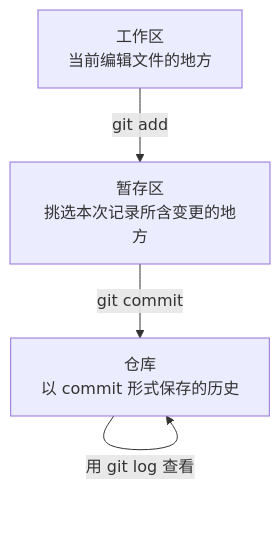
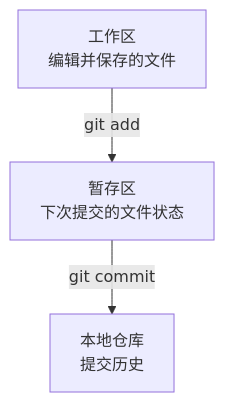
Before and after one commit to devchan64/AiBook: the diagram in docs/assets/part-02/chapter-14/git-three-areas-flow-zh.mmd, drawn with Mermaid. The commit also changed 16 other files, not shown here.

```diff
--- a/docs/assets/part-02/chapter-14/git-three-areas-flow-zh.mmd
+++ b/docs/assets/part-02/chapter-14/git-three-areas-flow-zh.mmd
@@ -1,8 +1,7 @@
 flowchart TD
-  A["工作区<br/>当前编辑文件的地方"]
-  B["暂存区<br/>挑选本次记录所含变更的地方"]
-  C["仓库<br/>以 commit 形式保存的历史"]
+  A["工作区<br/>编辑并保存的文件"]
+  B["暂存区<br/>下次提交的文件状态"]
+  C["本地仓库<br/>提交历史"]
 
   A -->|"git add"| B
   B -->|"git commit"| C
-  C -->|"用 git log 查看"| C
```
